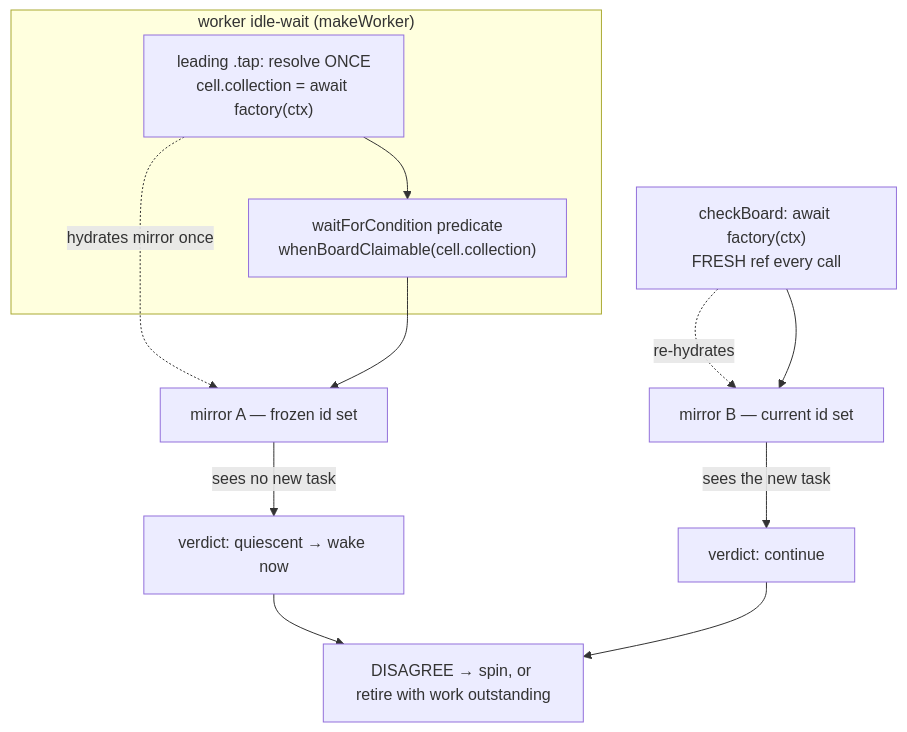
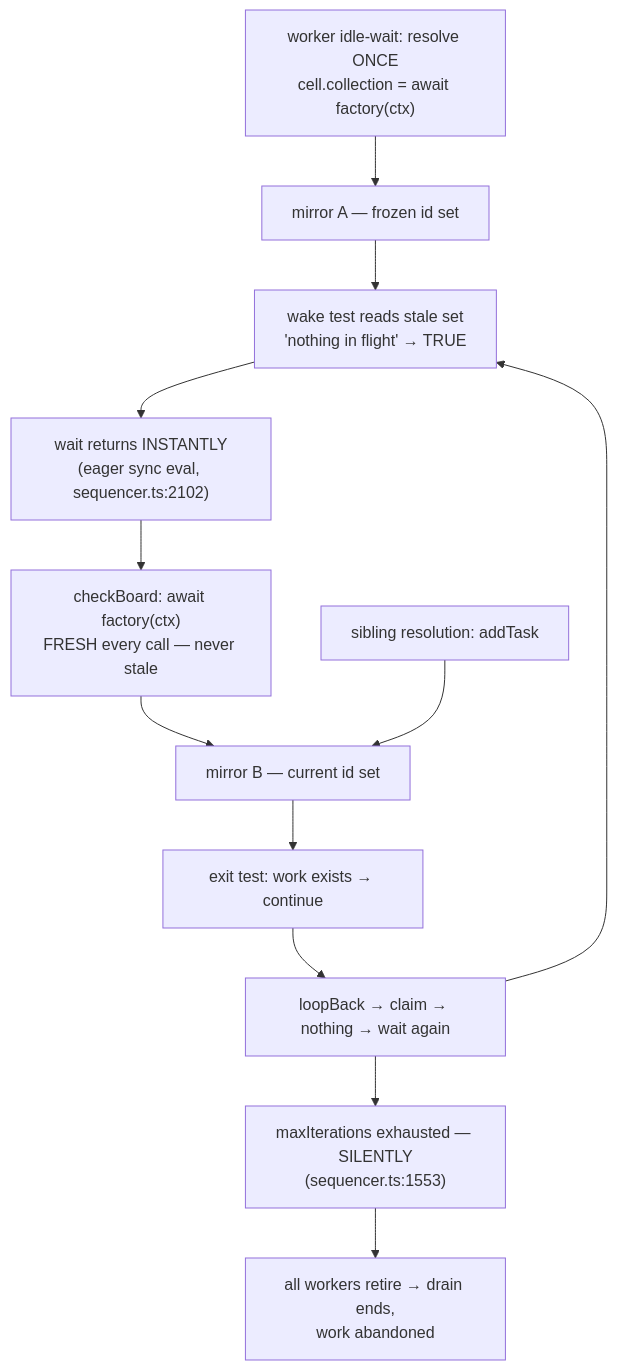
One commit to fixpoint-labs/flow-state-dev changed the first of 2 diagrams in docs/specs/FIX-990.md. Above: the diagram before and after it, drawn with Mermaid. The commit also changed other lines of this file, not shown here.

````diff
--- a/docs/specs/FIX-990.md
+++ b/docs/specs/FIX-990.md
@@ -287,17 +290,15 @@
 ```mermaid
 flowchart TD
-  subgraph W["worker idle-wait (makeWorker)"]
-    T["leading .tap: resolve ONCE<br/>cell.collection = await factory(ctx)"] --> P["waitForCondition predicate<br/>whenBoardClaimable(cell.collection)"]
-  end
-  CB["checkBoard: await factory(ctx)<br/>FRESH ref every call"]
+  T["worker idle-wait: resolve ONCE<br/>cell.collection = await factory(ctx)"] --> M1["mirror A — frozen id set"]
+  CB["checkBoard: await factory(ctx)<br/>FRESH every call — never stale"] --> M2["mirror B — current id set"]
+  SIB["sibling resolution: addTask"] --> M2
 
-  T -.->|"hydrates mirror once"| M1["mirror A — frozen id set"]
-  CB -.->|"re-hydrates"| M2["mirror B — current id set"]
-  P --> M1
-  CB --> M2
-
-  M1 -->|"sees no new task"| V1["verdict: quiescent → wake now"]
-  M2 -->|"sees the new task"| V2["verdict: continue"]
-  V1 --> X["DISAGREE → spin, or retire with work outstanding"]
-  V2 --> X
+  M1 --> P["wake test reads stale set<br/>'nothing in flight' → TRUE"]
+  P --> NS["wait returns INSTANTLY<br/>(eager sync eval, sequencer.ts:2102)"]
+  NS --> CB
+  M2 --> V["exit test: work exists → continue"]
+  V --> LOOP["loopBack → claim → nothing → wait again"]
+  LOOP --> P
+  LOOP --> BURN["maxIterations exhausted — SILENTLY<br/>(sequencer.ts:1553)"]
+  BURN --> AB["all workers retire → drain ends,<br/>work abandoned"]
 ```
````
